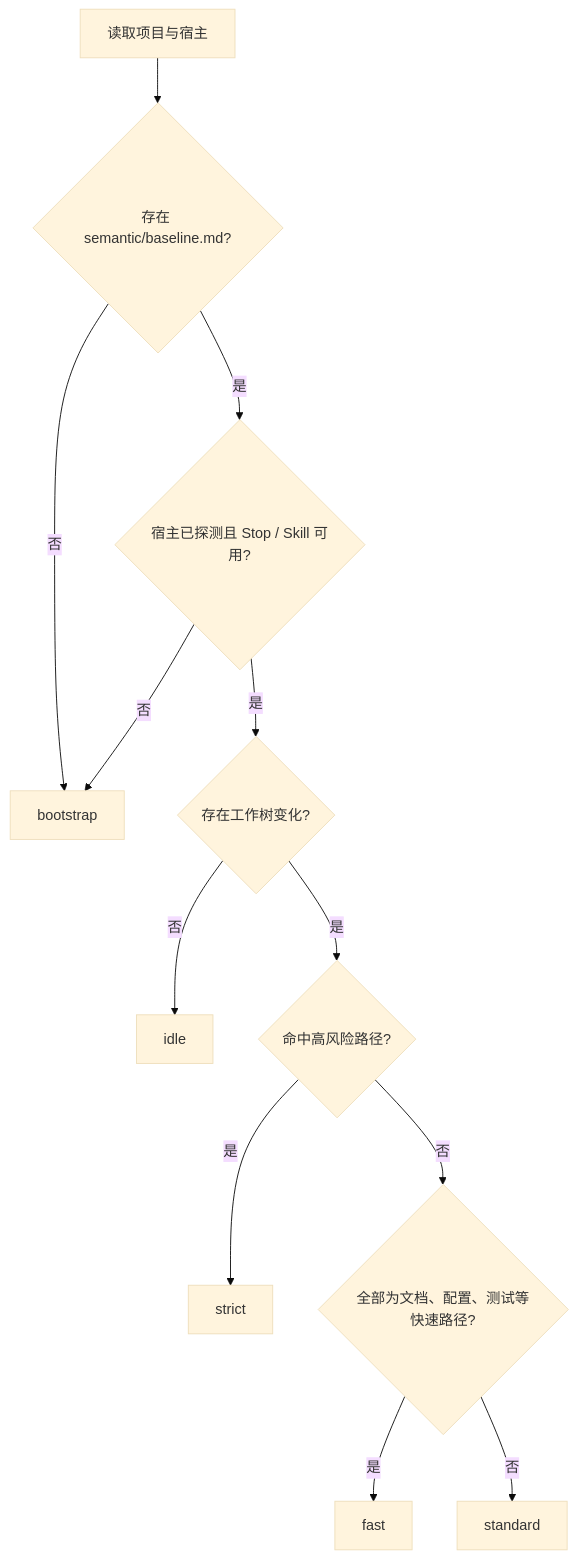
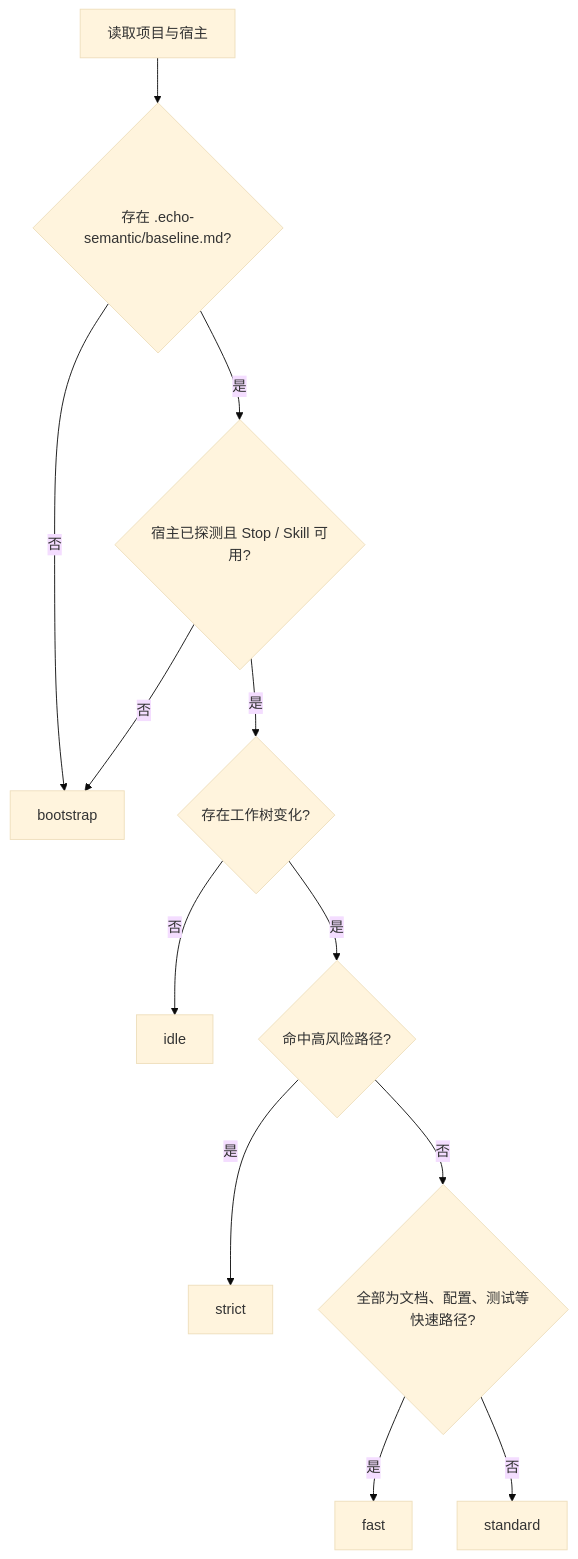
Before and after one commit to EchoYue-lp/echo-semantic: the third of 9 diagrams in docs/supreme/specs/plugin-architecture/design.md, drawn with Mermaid (base theme). The commit also changed other lines of this file and 57 other files, not shown here.

````diff
--- a/docs/supreme/specs/plugin-architecture/design.md
+++ b/docs/supreme/specs/plugin-architecture/design.md
@@ -203,14 +204,14 @@
 ```mermaid
 flowchart TD
-  Start[读取项目与宿主] --> HasBaseline{存在 semantic/baseline.md?}
+  Start[读取项目与宿主] --> HasBaseline{存在 .echo-semantic/baseline.md?}
   HasBaseline -- 否 --> Bootstrap[bootstrap]
   HasBaseline -- 是 --> HostReady{宿主已探测且 Stop / Skill 可用?}
   HostReady -- 否 --> Bootstrap
   HostReady -- 是 --> Changed{存在工作树变化?}
   Changed -- 否 --> Idle[idle]
   Changed -- 是 --> High{命中高风险路径?}
   High -- 是 --> Strict[strict]
   High -- 否 --> FastOnly{全部为文档、配置、测试等快速路径?}
   FastOnly -- 是 --> Fast[fast]
   FastOnly -- 否 --> Standard[standard]
 ```
````
